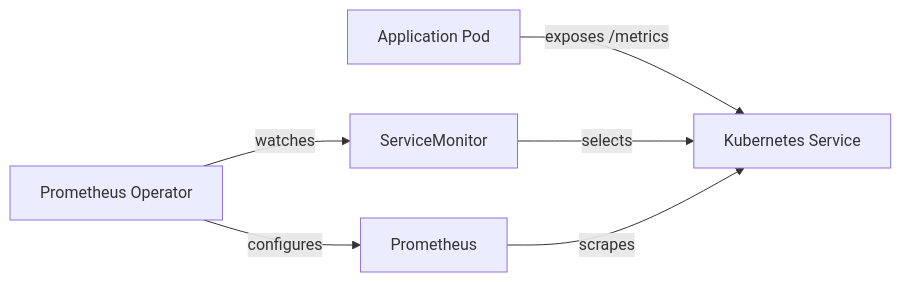
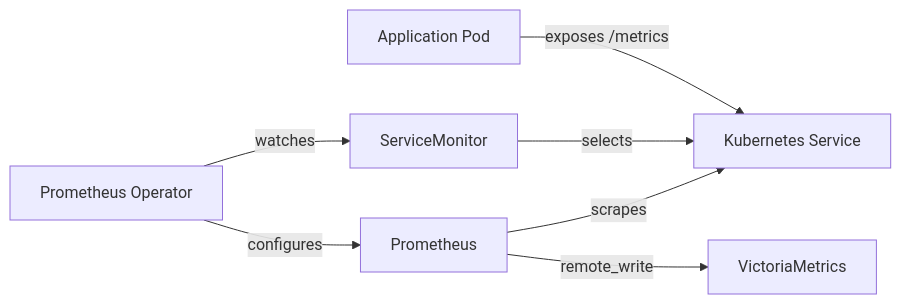
The diagram in docs/monitoring/prometheus-stack.md (swibrow/home-ops), drawn with Mermaid before and after one commit. The commit also changed other lines of this file and 105 other files, not shown here.

````diff
--- a/docs/monitoring/prometheus-stack.md
+++ b/docs/monitoring/prometheus-stack.md
@@ -76,8 +98,9 @@
 ```mermaid
 flowchart LR
     App[Application Pod] -->|exposes /metrics| Svc[Kubernetes Service]
     SM[ServiceMonitor] -->|selects| Svc
     PO[Prometheus Operator] -->|watches| SM
     PO -->|configures| Prom[Prometheus]
     Prom -->|scrapes| Svc
+    Prom -->|remote_write| VM[VictoriaMetrics]
 ```
````
